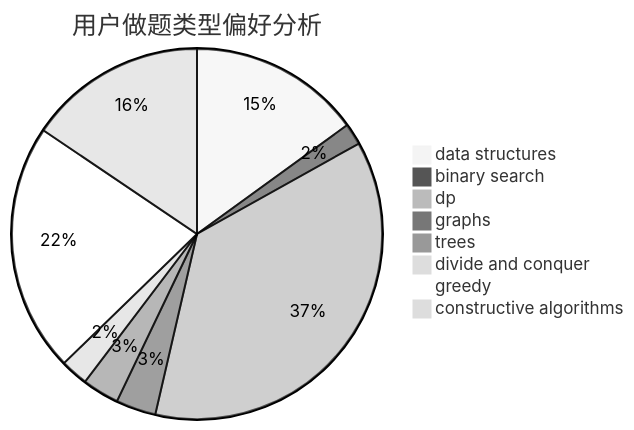
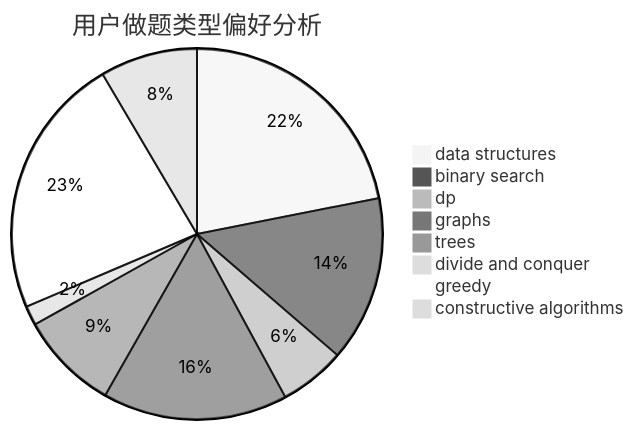
The second of 3 diagrams in docs/user/u1446.md (sherpahu/cfrs.github.io), drawn with Mermaid (neutral theme) before and after one commit. The commit also changed other lines of this file and 2770 other files, not shown here.

````diff
--- a/docs/user/u1446.md
+++ b/docs/user/u1446.md
@@ -23,11 +23,11 @@
 ```mermaid
 pie title 用户做题类型偏好分析
-    "data structures" :  56
-    "binary search" :  7
-    "dp" :  137
-    "graphs" :  13
-    "trees" :  12
-    "divide and conquer" :  9
-    "greedy" :  81
-    "constructive algorithms" :  58
+    "data structures" :  129
+    "binary search" :  85
+    "dp" :  34
+    "graphs" :  95
+    "trees" :  51
+    "divide and conquer" :  10
+    "greedy" :  135
+    "constructive algorithms" :  50
 ```
````
